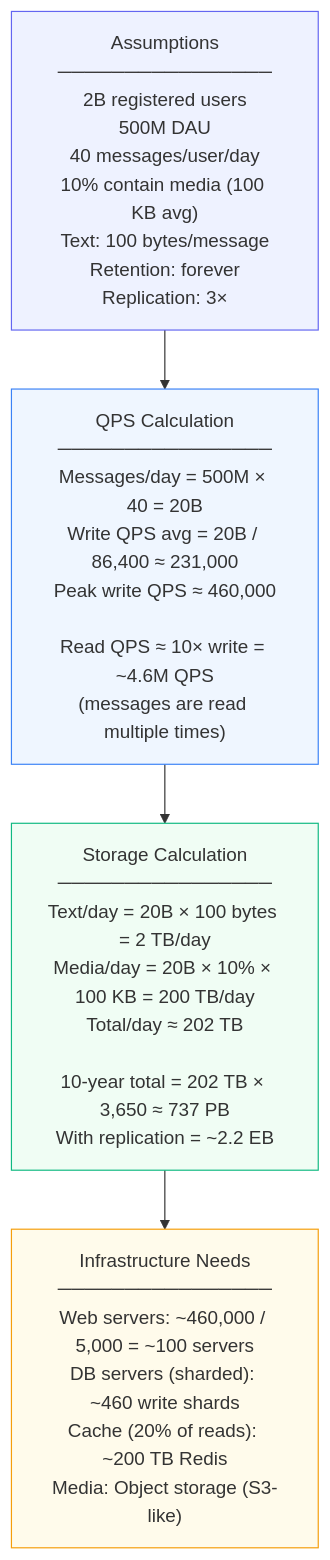
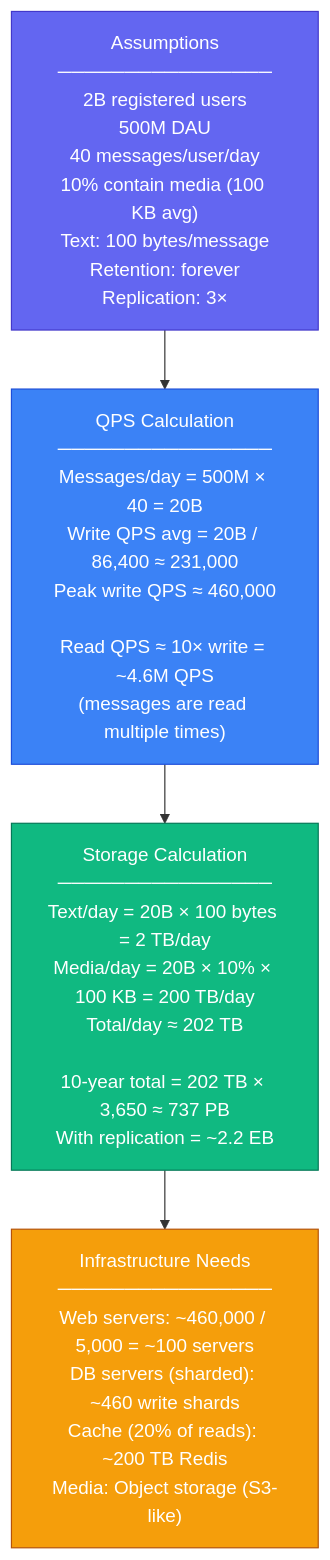
Before and after one commit to devops-monk/system-design-blog: the tenth of 10 diagrams in content/posts/2026/back-of-the-envelope-estimation.md, drawn with Mermaid. The commit also changed other lines of this file and 5 other files, not shown here.

````diff
--- a/content/posts/2026/back-of-the-envelope-estimation.md
+++ b/content/posts/2026/back-of-the-envelope-estimation.md
@@ -549,17 +588,17 @@
 ```mermaid
 flowchart TD
     A1["Assumptions\n────────────────\n2B registered users\n500M DAU\n40 messages/user/day\n10% contain media (100 KB avg)\nText: 100 bytes/message\nRetention: forever\nReplication: 3×"]
 
     B1["QPS Calculation\n────────────────\nMessages/day = 500M × 40 = 20B\nWrite QPS avg = 20B / 86,400 ≈ 231,000\nPeak write QPS ≈ 460,000\n\nRead QPS ≈ 10× write = ~4.6M QPS\n(messages are read multiple times)"]
 
     C1["Storage Calculation\n────────────────\nText/day = 20B × 100 bytes = 2 TB/day\nMedia/day = 20B × 10% × 100 KB = 200 TB/day\nTotal/day ≈ 202 TB\n\n10-year total = 202 TB × 3,650 ≈ 737 PB\nWith replication = ~2.2 EB"]
 
     D1["Infrastructure Needs\n────────────────\nWeb servers: ~460,000 / 5,000 = ~100 servers\nDB servers (sharded): ~460 write shards\nCache (20% of reads): ~200 TB Redis\nMedia: Object storage (S3-like)"]
 
     A1 --> B1 --> C1 --> D1
 
-    style A1 fill:#EEF2FF,stroke:#6366F1
-    style B1 fill:#EFF6FF,stroke:#3B82F6
-    style C1 fill:#F0FDF4,stroke:#10B981
-    style D1 fill:#FFFBEB,stroke:#F59E0B
+    style A1 fill:#6366F1,stroke:#4338CA,color:#fff
+    style B1 fill:#3B82F6,stroke:#1D4ED8,color:#fff
+    style C1 fill:#10B981,stroke:#047857,color:#fff
+    style D1 fill:#F59E0B,stroke:#B45309,color:#fff
 ```
````
